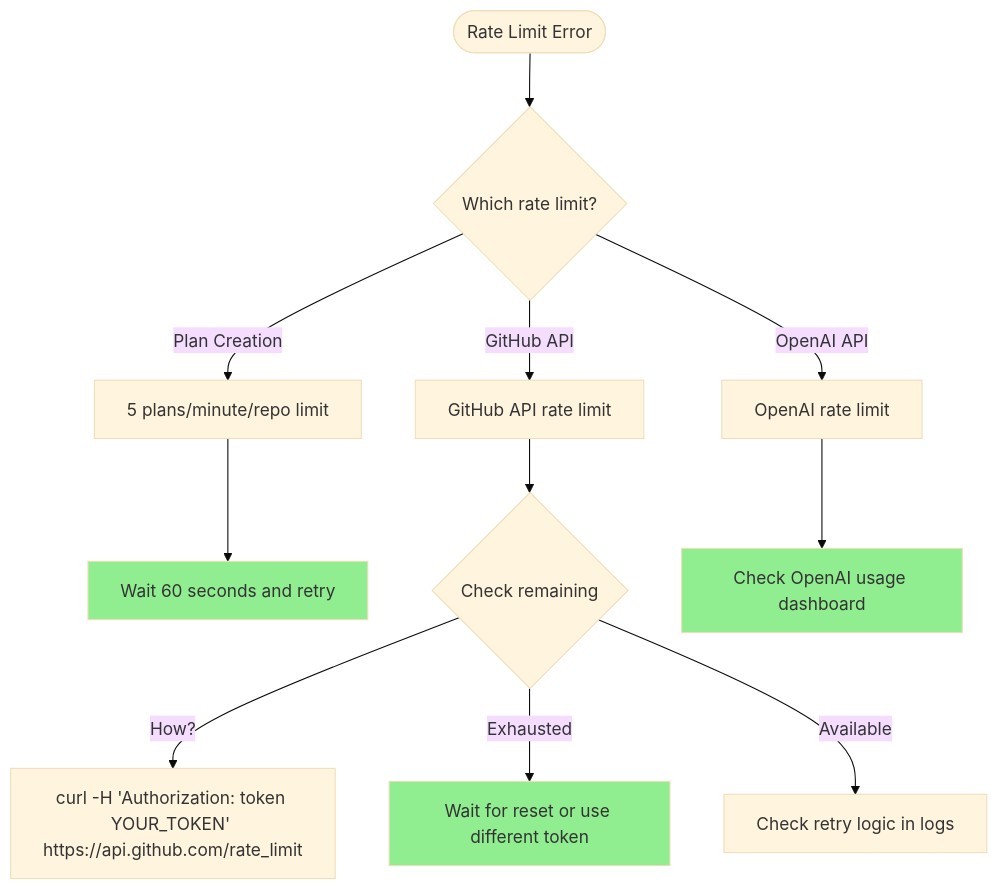
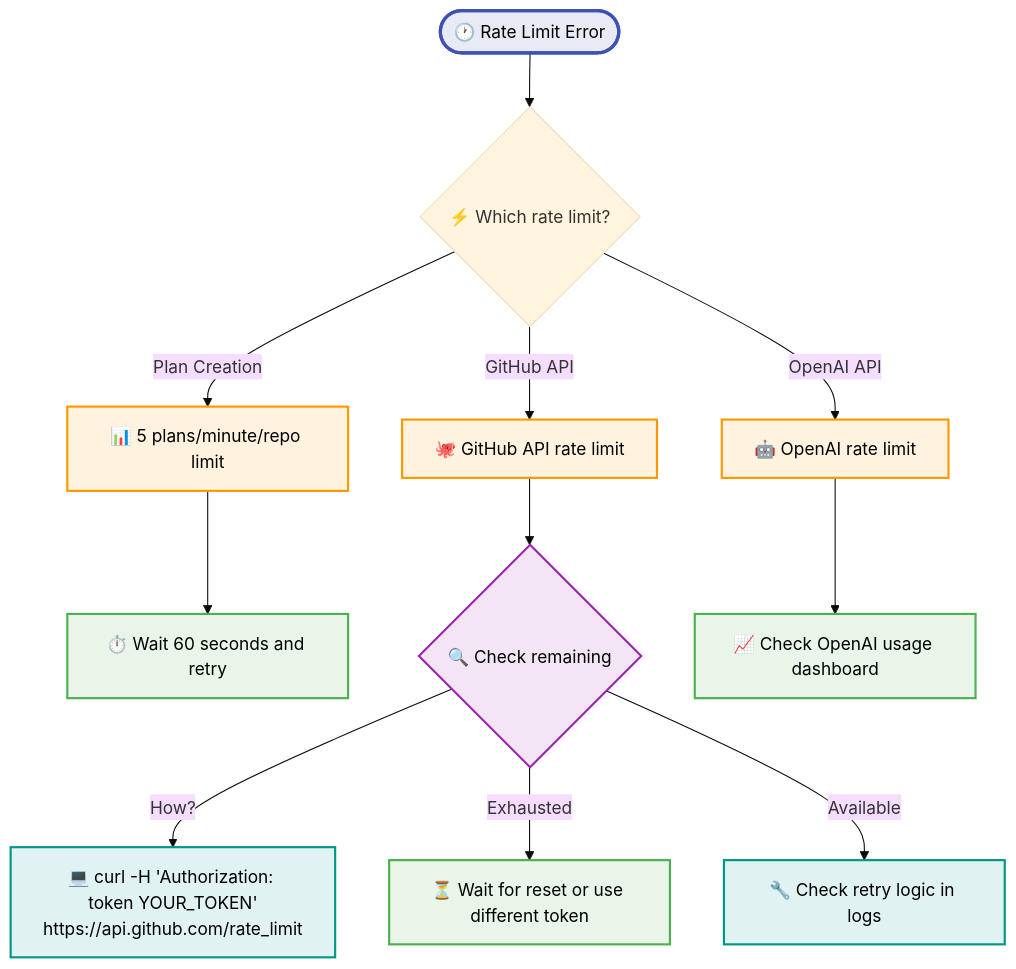
Before and after one commit to larp0/uwularpy: the fourth of 10 diagrams in AT_L_PLAN_TROUBLESHOOTING_FLOWCHART.md, drawn with Mermaid (base theme). The commit also changed other lines of this file and 1 other file, not shown here.

Commit message:
Improve mermaid diagrams with enhanced styling, icons, and visual hierarchy

````diff
--- a/AT_L_PLAN_TROUBLESHOOTING_FLOWCHART.md
+++ b/AT_L_PLAN_TROUBLESHOOTING_FLOWCHART.md
@@ -76,20 +120,29 @@
 ```mermaid
 flowchart TD
-    RateLimitFlow([Rate Limit Error]) --> RL1{Which rate limit?}
+    RateLimitFlow([🕐 Rate Limit Error]) --> RL1{⚡ Which rate limit?}
     
-    RL1 -->|Plan Creation| RL2[5 plans/minute/repo limit]
-    RL1 -->|GitHub API| RL3[GitHub API rate limit]
-    RL1 -->|OpenAI API| RL4[OpenAI rate limit]
+    RL1 -->|Plan Creation| RL2[📊 5 plans/minute/repo limit]
+    RL1 -->|GitHub API| RL3[🐙 GitHub API rate limit]
+    RL1 -->|OpenAI API| RL4[🤖 OpenAI rate limit]
     
-    RL2 --> RL2Fix[Wait 60 seconds and retry]
-    RL3 --> RL3Check{Check remaining}
-    RL4 --> RL4Fix[Check OpenAI usage dashboard]
+    RL2 --> RL2Fix[⏱️ Wait 60 seconds and retry]
+    RL3 --> RL3Check{🔍 Check remaining}
+    RL4 --> RL4Fix[📈 Check OpenAI usage dashboard]
     
-    RL3Check -->|How?| RL3How[curl -H 'Authorization: token YOUR_TOKEN' https://api.github.com/rate_limit]
-    RL3Check -->|Exhausted| RL3Fix[Wait for reset or use different token]
-    RL3Check -->|Available| RL3Debug[Check retry logic in logs]
+    RL3Check -->|How?| RL3How[💻 curl -H 'Authorization: token YOUR_TOKEN'<br/>https://api.github.com/rate_limit]
+    RL3Check -->|Exhausted| RL3Fix[⏳ Wait for reset or use different token]
+    RL3Check -->|Available| RL3Debug[🔧 Check retry logic in logs]
     
-    style RL2Fix fill:#90EE90
-    style RL3Fix fill:#90EE90
-    style RL4Fix fill:#90EE90
+    %% Enhanced styling with better visual hierarchy
+    classDef startNode fill:#e8eaf6,stroke:#3f51b5,stroke-width:3px,color:#000
+    classDef limitNode fill:#fff3e0,stroke:#ff9800,stroke-width:2px,color:#000
+    classDef fixNode fill:#e8f5e8,stroke:#4caf50,stroke-width:2px,color:#000
+    classDef checkNode fill:#f3e5f5,stroke:#9c27b0,stroke-width:2px,color:#000
+    classDef techNode fill:#e0f2f1,stroke:#009688,stroke-width:2px,color:#000
+    
+    class RateLimitFlow startNode
+    class RL2,RL3,RL4 limitNode
+    class RL2Fix,RL3Fix,RL4Fix fixNode
+    class RL3Check checkNode
+    class RL3How,RL3Debug techNode
 ```
````
